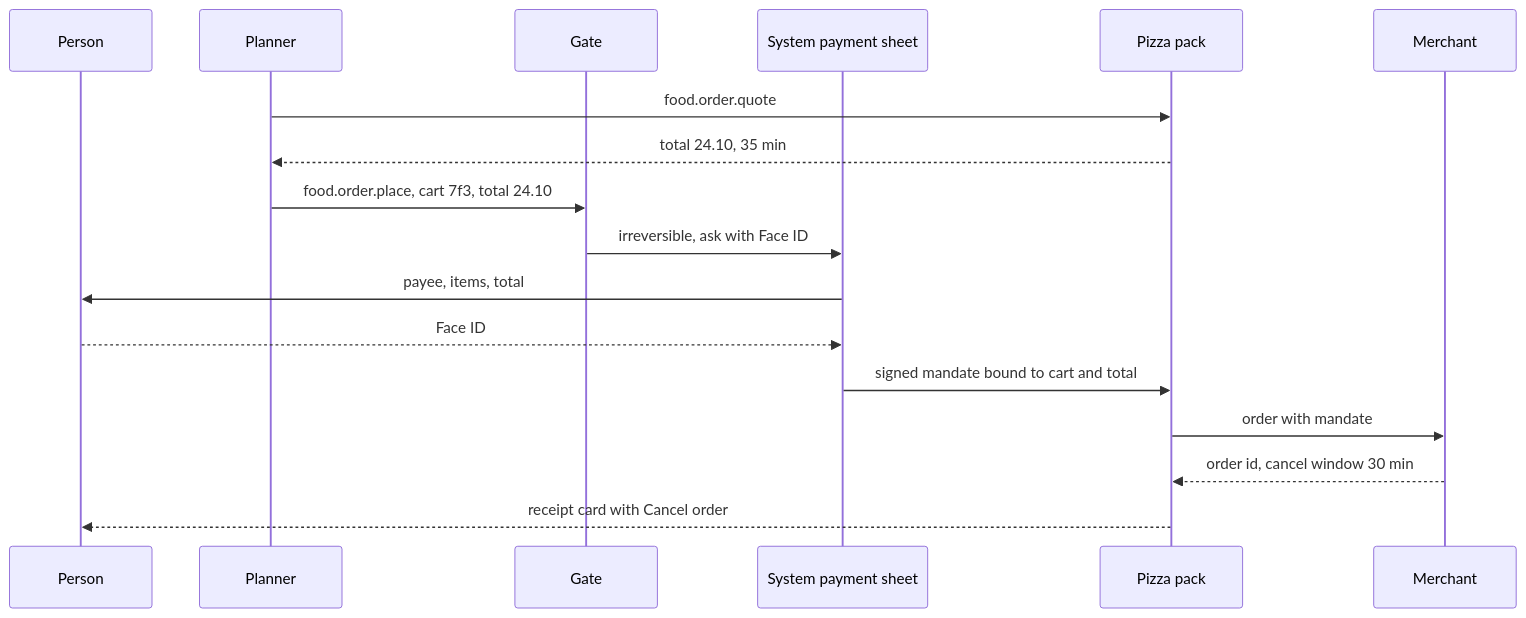
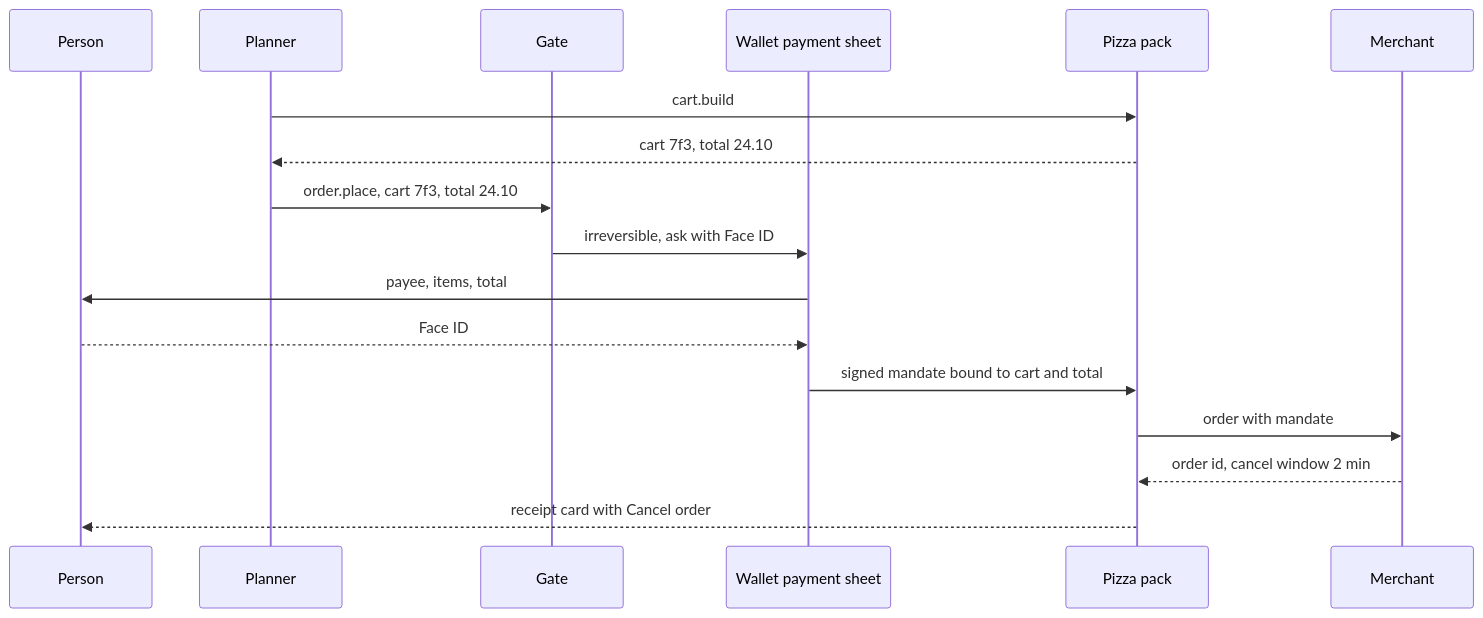
Before and after one commit to ehzawad/ideation-of-ios-app: the second of 3 diagrams in agentic-os/chapters/12-developers.md, drawn with Mermaid. The commit also changed other lines of this file, not shown here.

````diff
--- a/agentic-os/chapters/12-developers.md
+++ b/agentic-os/chapters/12-developers.md
@@ -158,19 +135,19 @@
 ```mermaid
 sequenceDiagram
   participant P as Person
   participant L as Planner
   participant G as Gate
-  participant W as System payment sheet
+  participant W as Wallet payment sheet
   participant K as Pizza pack
   participant M as Merchant
-  L->>K: food.order.quote
-  K-->>L: total 24.10, 35 min
-  L->>G: food.order.place, cart 7f3, total 24.10
+  L->>K: cart.build
+  K-->>L: cart 7f3, total 24.10
+  L->>G: order.place, cart 7f3, total 24.10
   G->>W: irreversible, ask with Face ID
   W->>P: payee, items, total
   P-->>W: Face ID
   W->>K: signed mandate bound to cart and total
   K->>M: order with mandate
-  M-->>K: order id, cancel window 30 min
+  M-->>K: order id, cancel window 2 min
   K-->>P: receipt card with Cancel order
 ```
````
